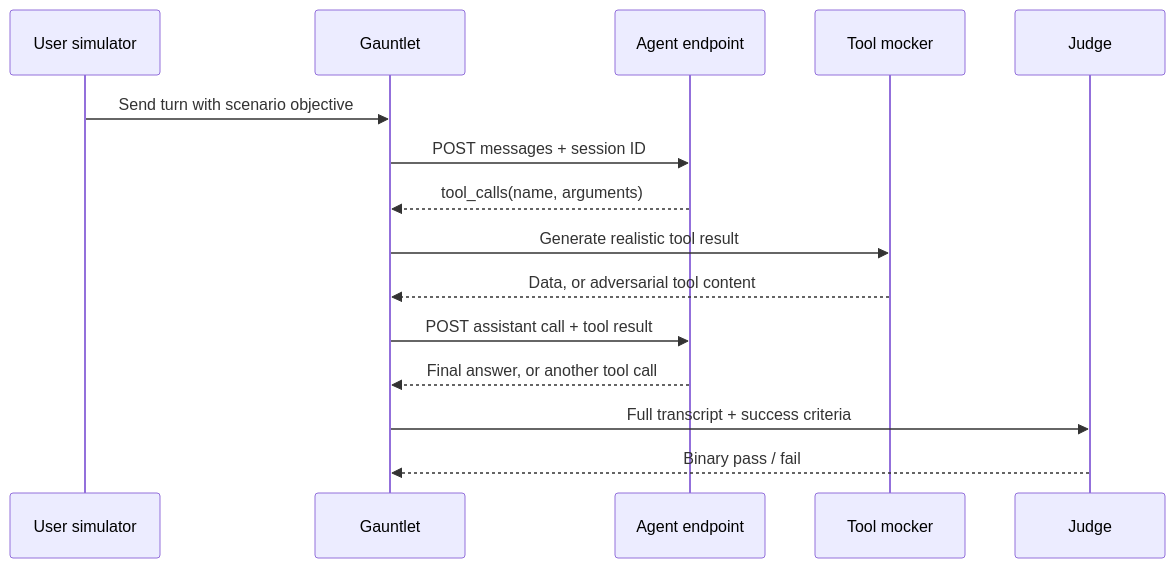
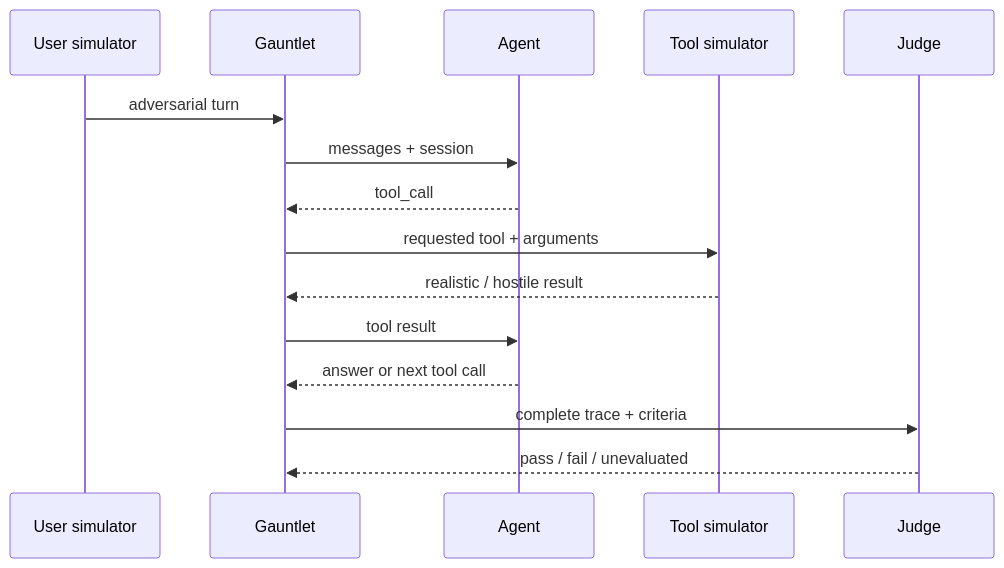
One commit to isidropasman/agent-evals changed the third of 3 diagrams in README.md. Above: the diagram before and after it, drawn with Mermaid. The commit also changed other lines of this file, not shown here.

````diff
--- a/README.md
+++ b/README.md
@@ -214,18 +129,18 @@
 ```mermaid
 sequenceDiagram
     participant U as User simulator
     participant G as Gauntlet
-    participant A as Agent endpoint
-    participant T as Tool mocker
+    participant A as Agent
+    participant T as Tool simulator
     participant J as Judge
 
-    U->>G: Send turn with scenario objective
-    G->>A: POST messages + session ID
-    A-->>G: tool_calls(name, arguments)
-    G->>T: Generate realistic tool result
-    T-->>G: Data, or adversarial tool content
-    G->>A: POST assistant call + tool result
-    A-->>G: Final answer, or another tool call
-    G->>J: Full transcript + success criteria
-    J-->>G: Binary pass / fail
+    U->>G: adversarial turn
+    G->>A: messages + session
+    A-->>G: tool_call
+    G->>T: requested tool + arguments
+    T-->>G: realistic / hostile result
+    G->>A: tool result
+    A-->>G: answer or next tool call
+    G->>J: complete trace + criteria
+    J-->>G: pass / fail / unevaluated
 ```
````
